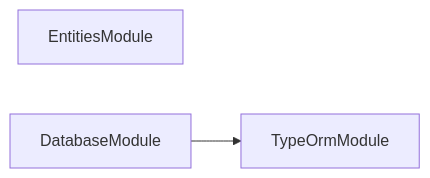
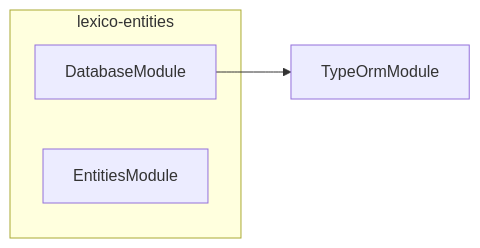
The second of 2 diagrams in packages/lexico-entities/README.md (JimmyPaolini/codebase), drawn with Mermaid before and after one commit. The commit also changed other lines of this file and 71 other files, not shown here.

Commit message:
feat(synchronization): ✨ group module graphs by package and add nx project graphs

````diff
--- a/packages/lexico-entities/README.md
+++ b/packages/lexico-entities/README.md
@@ -90,5 +107,9 @@
 ```mermaid
 flowchart LR
-  EntitiesModule
+  subgraph group0["lexico-entities"]
+    DatabaseModule
+    EntitiesModule
+  end
+  TypeOrmModule
   DatabaseModule --> TypeOrmModule
 ```
````
